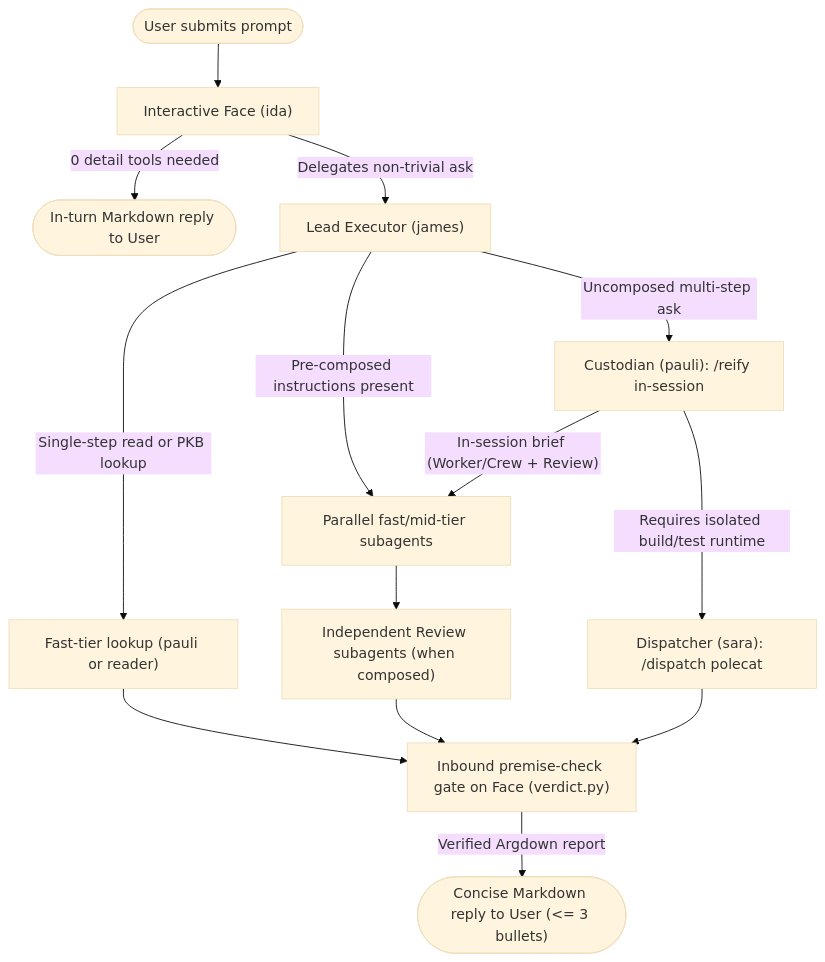
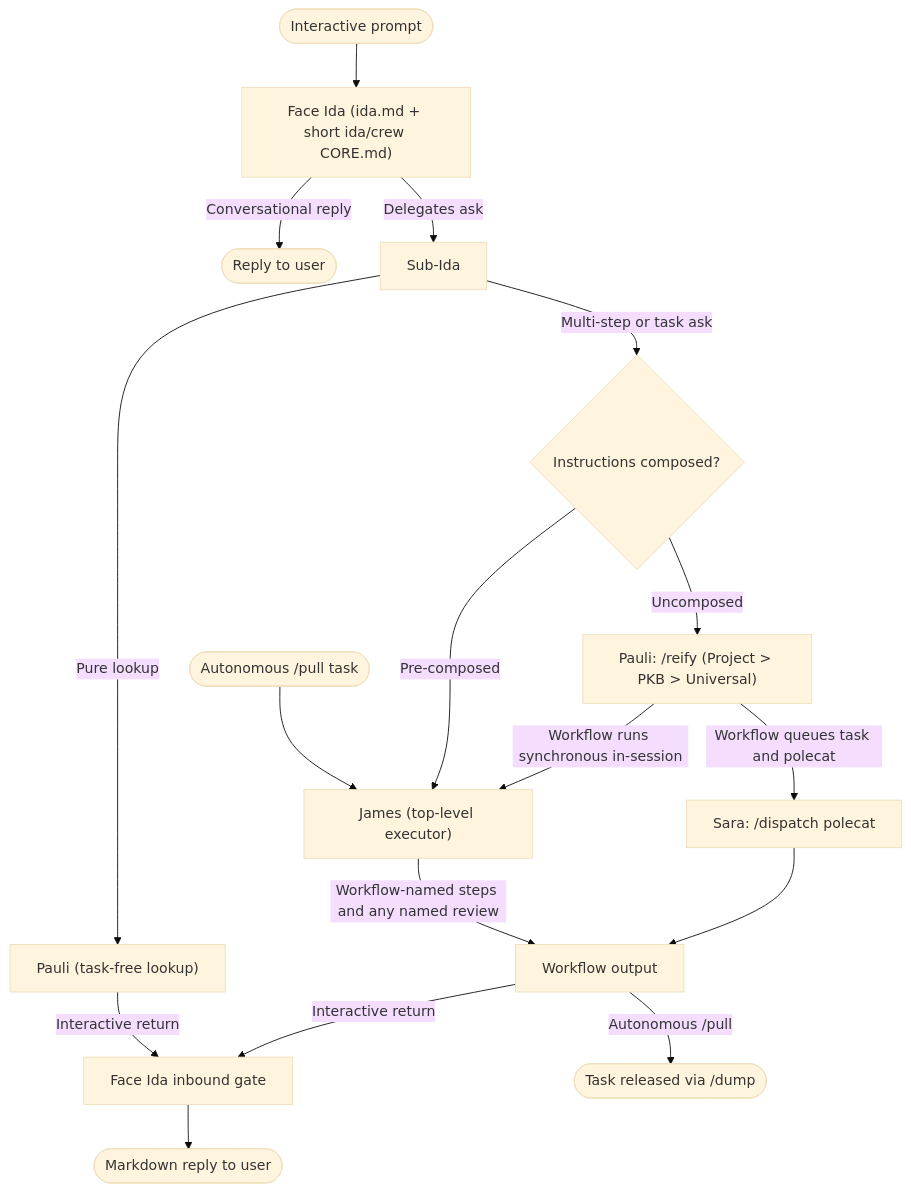
The diagram in specs/workflows/in-session-workflow-execution.md (nicsuzor/academicOps), drawn with Mermaid (base theme) before and after one commit. The commit also changed other lines of this file and 1 other file, not shown here.

First line of the commit message:
docs(specs): revise in-session workflow execution draft spec

````diff
--- a/specs/workflows/in-session-workflow-execution.md
+++ b/specs/workflows/in-session-workflow-execution.md
@@ -15,16 +15,19 @@
 ```mermaid
 flowchart TD
-    User(["User submits prompt"]) --> Face["Interactive Face (ida)"]
-    Face -->|"0 detail tools needed"| Direct(["In-turn Markdown reply to User"])
-    Face -->|"Delegates non-trivial ask"| Exec["Lead Executor (james)"]
-    Exec -->|"Pre-composed instructions present"| WorkerFanout["Parallel fast/mid-tier subagents"]
-    Exec -->|"Single-step read or PKB lookup"| FastLookup["Fast-tier lookup (pauli or reader)"]
-    Exec -->|"Uncomposed multi-step ask"| Custodian["Custodian (pauli): /reify in-session"]
-    Custodian -->|"Requires isolated build/test runtime"| Dispatch["Dispatcher (sara): /dispatch polecat"]
-    Custodian -->|"In-session brief (Worker/Crew + Review)"| WorkerFanout
-    FastLookup --> Gate["Inbound premise-check gate on Face (verdict.py)"]
-    WorkerFanout --> ReviewStage["Independent Review subagents (when composed)"]
-    ReviewStage --> Gate
-    Dispatch --> Gate
-    Gate -->|"Verified Argdown report"| Reply(["Concise Markdown reply to User (<= 3 bullets)"])
+    User(["Interactive prompt"]) --> Face["Face Ida (ida.md + short ida/crew CORE.md)"]
+    Face -->|"Conversational reply"| Direct(["Reply to user"])
+    Face -->|"Delegates ask"| SubIda["Sub-Ida"]
+    SubIda -->|"Pure lookup"| Lookup["Pauli (task-free lookup)"]
+    SubIda -->|"Multi-step or task ask"| Assembly{"Instructions composed?"}
+    Auto(["Autonomous /pull task"]) --> Exec["James (top-level executor)"]
+    Assembly -->|"Pre-composed"| Exec
+    Assembly -->|"Uncomposed"| Reify["Pauli: /reify (Project > PKB > Universal)"]
+    Reify -->|"Workflow runs synchronous in-session"| Exec
+    Reify -->|"Workflow queues task and polecat"| Sara["Sara: /dispatch polecat"]
+    Exec -->|"Workflow-named steps and any named review"| Output["Workflow output"]
+    Sara --> Output
+    Lookup -->|"Interactive return"| Gate["Face Ida inbound gate"]
+    Output -->|"Interactive return"| Gate
+    Output -->|"Autonomous /pull"| Done(["Task released via /dump"])
+    Gate --> Reply(["Markdown reply to user"])
 ```
````
